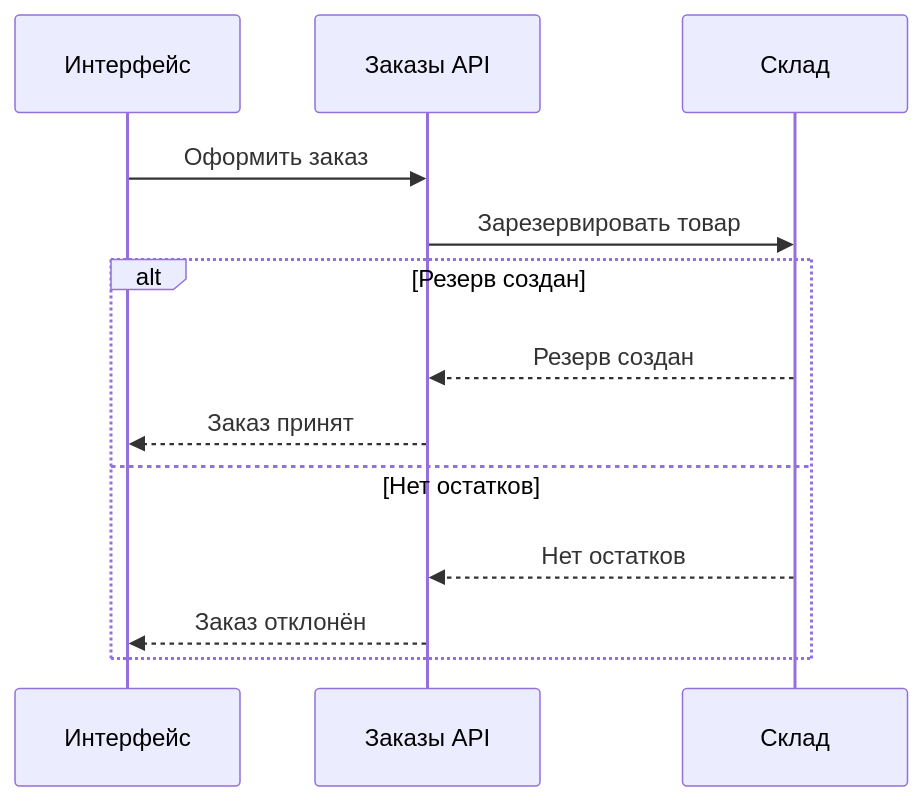
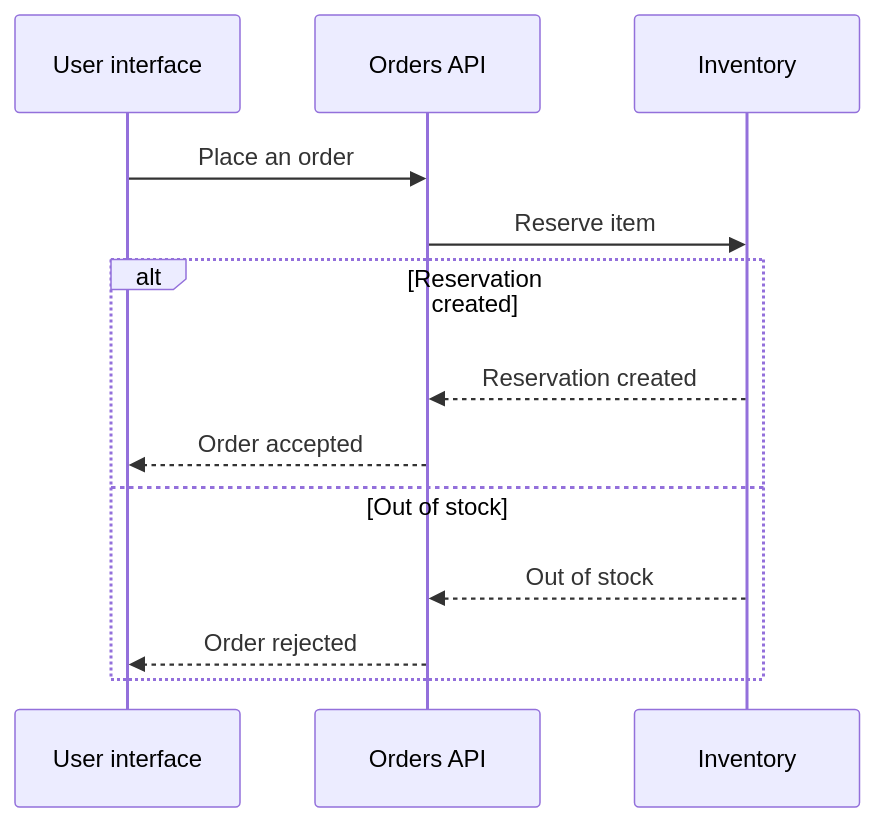
Before and after one commit to BrikozO/MyOwnHarness: the fourth of 4 diagrams in skills/draw-diagrams/references/examples.md, drawn with Mermaid. The commit also changed other lines of this file and 4 other files, not shown here.

First line of the commit message:
Translate diagram skill and references into English

````diff
--- a/skills/draw-diagrams/references/examples.md
+++ b/skills/draw-diagrams/references/examples.md
@@ -75,16 +75,16 @@
 ```mermaid
 sequenceDiagram
-    participant UI as Интерфейс
-    participant API as Заказы API
-    participant Stock as Склад
-    %% correlationId передаётся во всех запросах
-    UI->>API: Оформить заказ
-    API->>Stock: Зарезервировать товар
-    alt Резерв создан
-        Stock-->>API: Резерв создан
-        API-->>UI: Заказ принят
-    else Нет остатков
-        Stock-->>API: Нет остатков
-        API-->>UI: Заказ отклонён
+    participant UI as User interface
+    participant API as Orders API
+    participant Stock as Inventory
+    %% correlationId is passed in every request
+    UI->>API: Place an order
+    API->>Stock: Reserve item
+    alt Reservation created
+        Stock-->>API: Reservation created
+        API-->>UI: Order accepted
+    else Out of stock
+        Stock-->>API: Out of stock
+        API-->>UI: Order rejected
     end
 ```
````
